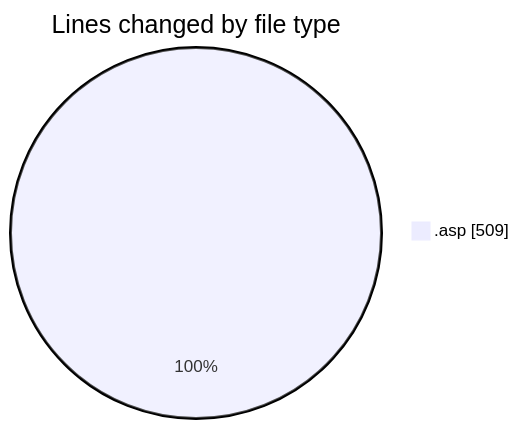
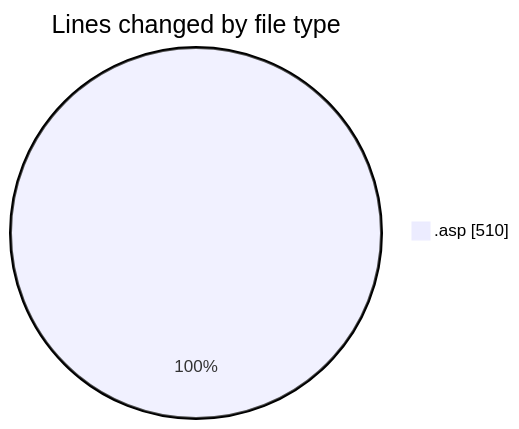
One commit to julien-gomy/code-tracking changed the first of 2 diagrams in 2025-10-14/cdp_aleoudev_fr__workspace_/README.md. Above: the diagram before and after it, drawn with Mermaid. The commit also changed other lines of this file and 1 other file, not shown here.

````diff
--- a/2025-10-14/cdp_aleoudev_fr__workspace_/README.md
+++ b/2025-10-14/cdp_aleoudev_fr__workspace_/README.md
@@ -20,5 +20,5 @@
 ```mermaid
 pie showData
 title Lines changed by file type
-".asp" : 509
+".asp" : 510
 ```
````
